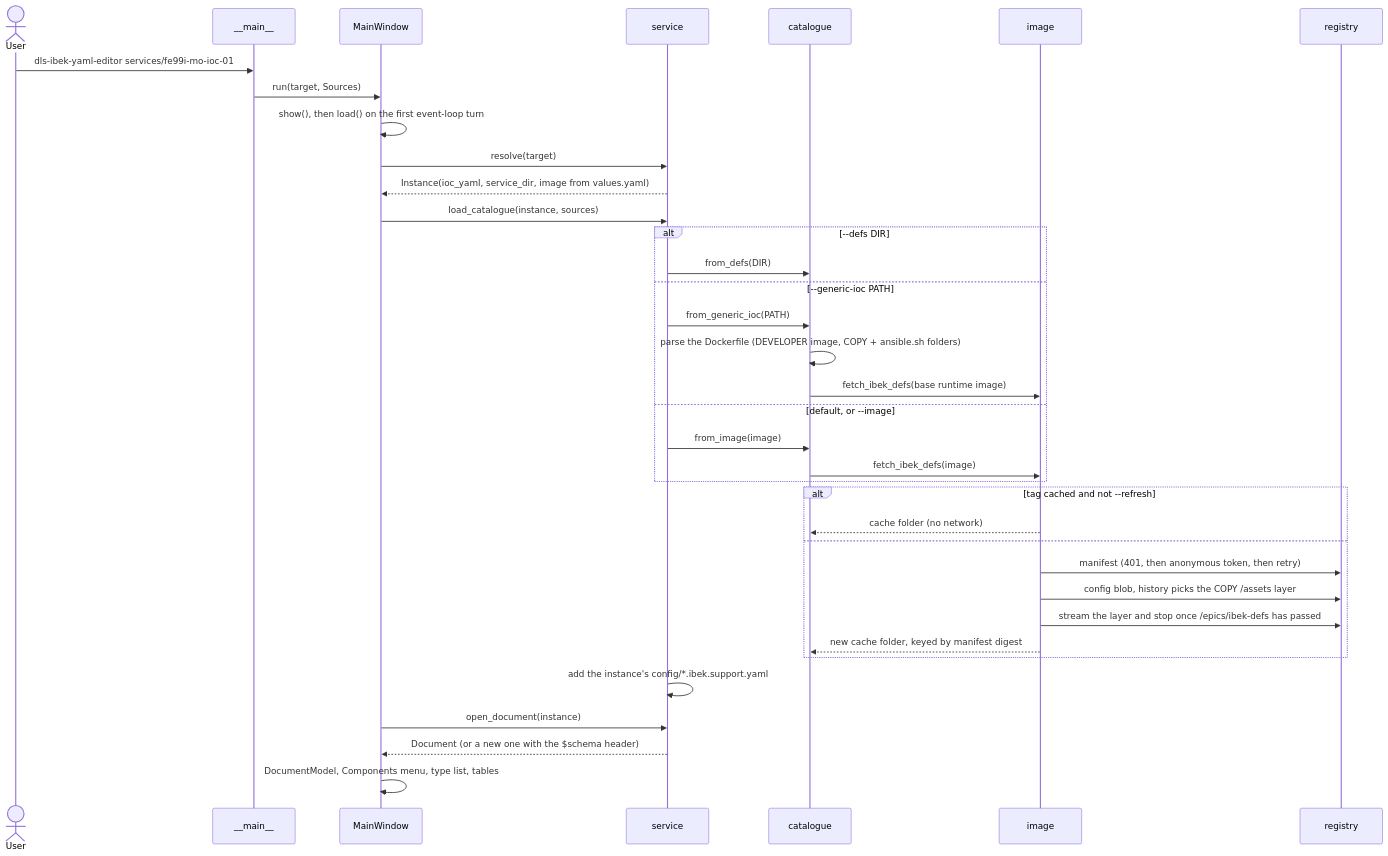
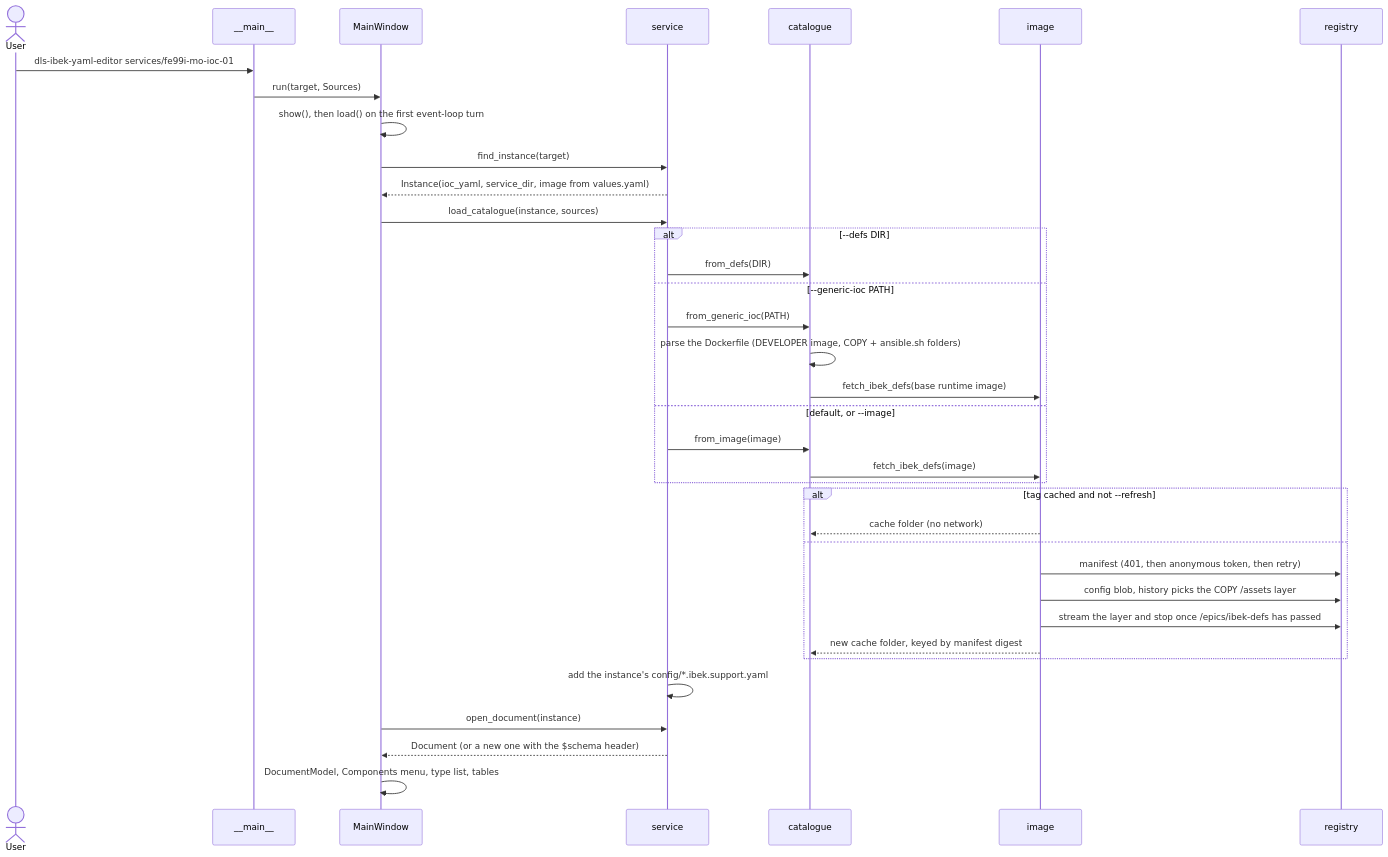
Before and after one commit to DiamondLightSource/dls-ibek-yaml-editor: the second of 5 diagrams in docs/architecture.md, drawn with Mermaid. The commit also changed other lines of this file and 4 other files, not shown here.

First line of the commit message:
Rename service.resolve to find_instance

````diff
--- a/docs/architecture.md
+++ b/docs/architecture.md
@@ -57,39 +57,39 @@
 ```mermaid
 sequenceDiagram
     actor User
     participant CLI as __main__
     participant W as MainWindow
     participant S as service
     participant C as catalogue
     participant I as image
     participant R as registry
 
     User->>CLI: dls-ibek-yaml-editor services/fe99i-mo-ioc-01
     CLI->>W: run(target, Sources)
     W->>W: show(), then load() on the first event-loop turn
-    W->>S: resolve(target)
+    W->>S: find_instance(target)
     S-->>W: Instance(ioc_yaml, service_dir, image from values.yaml)
     W->>S: load_catalogue(instance, sources)
     alt --defs DIR
         S->>C: from_defs(DIR)
     else --generic-ioc PATH
         S->>C: from_generic_ioc(PATH)
         C->>C: parse the Dockerfile (DEVELOPER image, COPY + ansible.sh folders)
         C->>I: fetch_ibek_defs(base runtime image)
     else default, or --image
         S->>C: from_image(image)
         C->>I: fetch_ibek_defs(image)
     end
     alt tag cached and not --refresh
         I-->>C: cache folder (no network)
     else
         I->>R: manifest (401, then anonymous token, then retry)
         I->>R: config blob, history picks the COPY /assets layer
         I->>R: stream the layer and stop once /epics/ibek-defs has passed
         I-->>C: new cache folder, keyed by manifest digest
     end
     S->>S: add the instance's config/*.ibek.support.yaml
     W->>S: open_document(instance)
     S-->>W: Document (or a new one with the $schema header)
     W->>W: DocumentModel, Components menu, type list, tables
 ```
````
